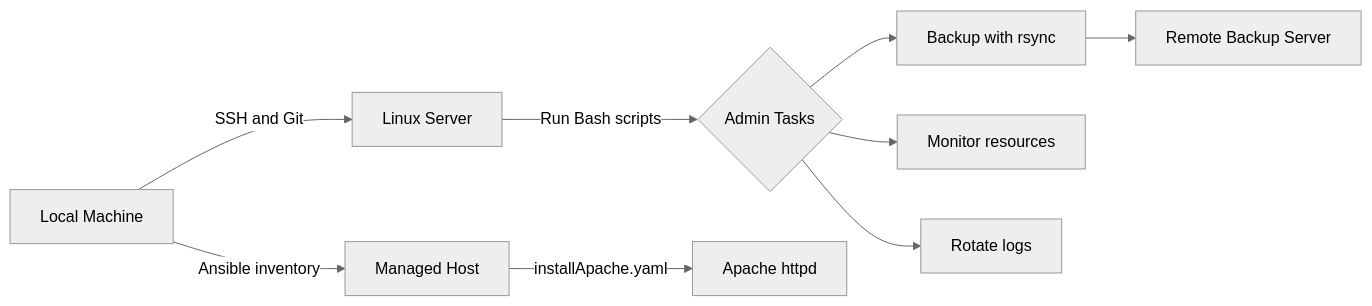
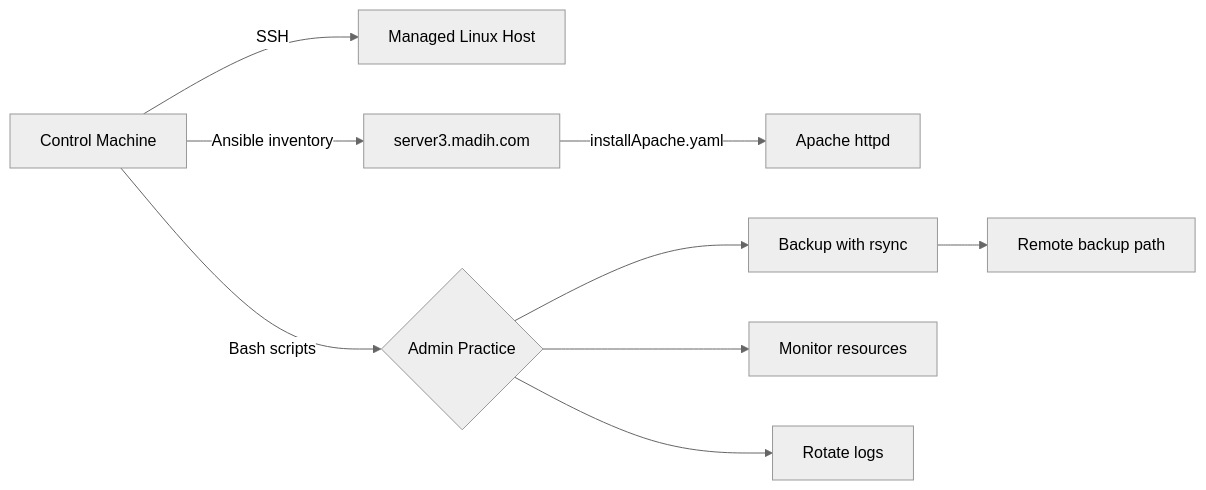
Before and after one commit to MahmoudMadihBedier/bash-yamel: the diagram in README.md, drawn with Mermaid (neutral theme). The commit also changed other lines of this file and 11 other files, not shown here.

Commit message:
refactor cloudkode role structure and update inventory for server3

````diff
--- a/README.md
+++ b/README.md
@@ -12,11 +12,11 @@
 ```mermaid
 flowchart LR
-    A[Local Machine] -->|SSH and Git| B[Linux Server]
-    A -->|Ansible inventory| C[Managed Host]
-    B -->|Run Bash scripts| D{Admin Tasks}
-    C -->|installApache.yaml| E[Apache httpd]
-    D --> F[Backup with rsync]
-    D --> G[Monitor resources]
-    D --> H[Rotate logs]
-    F --> I[Remote Backup Server]
+    A[Control Machine] -->|SSH| B[Managed Linux Host]
+    A -->|Ansible inventory| C[server3.madih.com]
+    C -->|installApache.yaml| D[Apache httpd]
+    A -->|Bash scripts| E{Admin Practice}
+    E --> F[Backup with rsync]
+    E --> G[Monitor resources]
+    E --> H[Rotate logs]
+    F --> I[Remote backup path]
 ```
````
